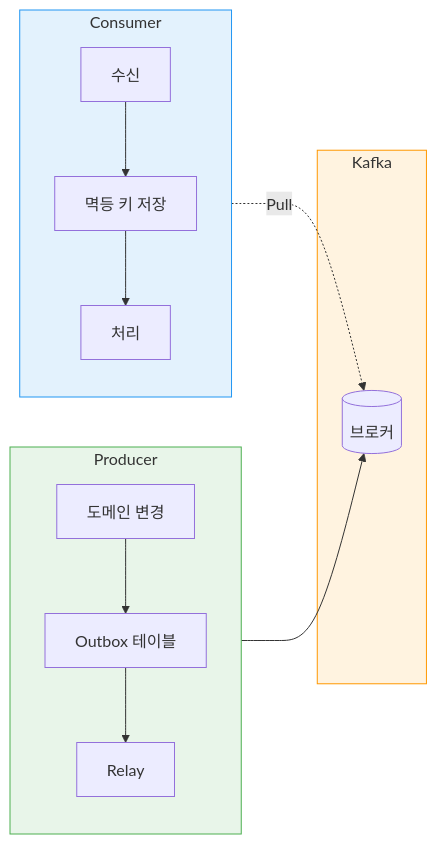
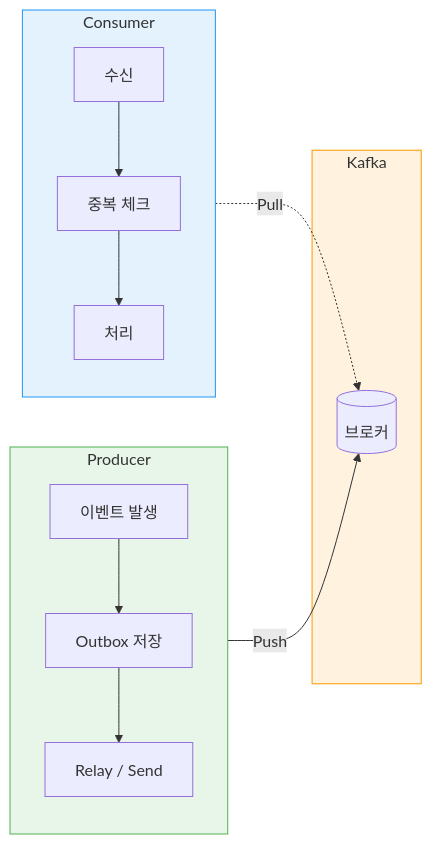
The first of 4 diagrams in _posts/loopers/2025-12-19-decoupling-with-event-by-kafka.md (JeonJe/JeonJe.github.io), drawn with Mermaid before and after one commit. The commit also changed other lines of this file and 5 other files, not shown here.

````diff
--- a/_posts/loopers/2025-12-19-decoupling-with-event-by-kafka.md
+++ b/_posts/loopers/2025-12-19-decoupling-with-event-by-kafka.md
@@ -28,29 +47,29 @@
 ```mermaid
 flowchart LR
   subgraph PRODUCER["Producer"]
     direction TB
-    P1["도메인 변경"]
-    P2["Outbox 테이블"]
-    P3["Relay"]
+    P1["이벤트 발생"]
+    P2["Outbox 저장"]
+    P3["Relay / Send"]
     P1 --> P2 --> P3
   end
 
   subgraph KAFKA["Kafka"]
     K1[("브로커")]
   end
 
   subgraph CONSUMER["Consumer"]
     direction TB
     C1["수신"]
-    C2["멱등 키 저장"]
+    C2["중복 체크"]
     C3["처리"]
     C1 --> C2 --> C3
   end
 
-  P3 --> K1
+  P3 -->|Push| K1
   C1 -.->|Pull| K1
 
   style PRODUCER fill:#E8F5E9,stroke:#4CAF50
   style KAFKA fill:#FFF3E0,stroke:#FF9800
   style CONSUMER fill:#E3F2FD,stroke:#2196F3
 ```
````
